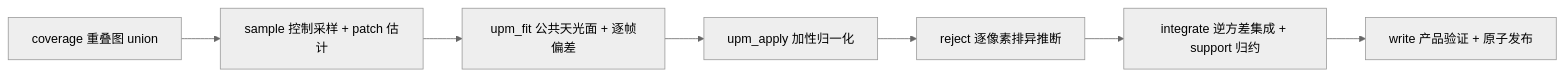
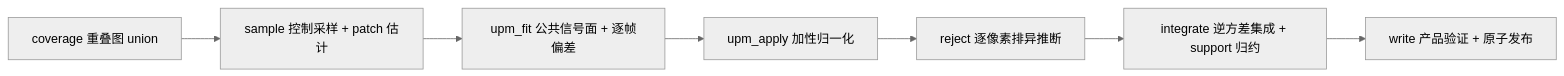
Before and after one commit to fujiaze/Astro-CS-Database: the third of 3 diagrams in docs/engineering/architecture/ARCHITECTURE.md, drawn with Mermaid (neutral theme). The commit also changed 32 other files, not shown here.

````diff
--- a/docs/engineering/architecture/ARCHITECTURE.md
+++ b/docs/engineering/architecture/ARCHITECTURE.md
@@ -87,9 +87,9 @@
 ```mermaid
 flowchart LR
  A["coverage 重叠图 union"] --> B["sample 控制采样 + patch 估计"]
- B --> C["upm_fit 公共天光面 + 逐帧偏差"]
+ B --> C["upm_fit 公共信号面 + 逐帧偏差"]
  C --> D["upm_apply 加性归一化"]
  D --> E["reject 逐像素排异推断"]
  E --> F["integrate 逆方差集成 + support 归约"]
  F --> G["write 产品验证 + 原子发布"]
 ```
````
